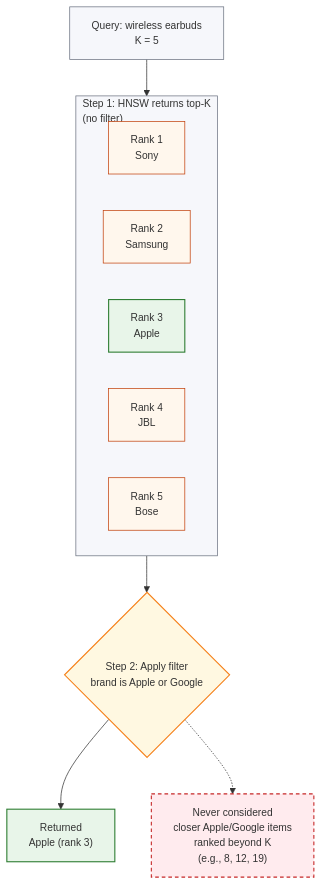
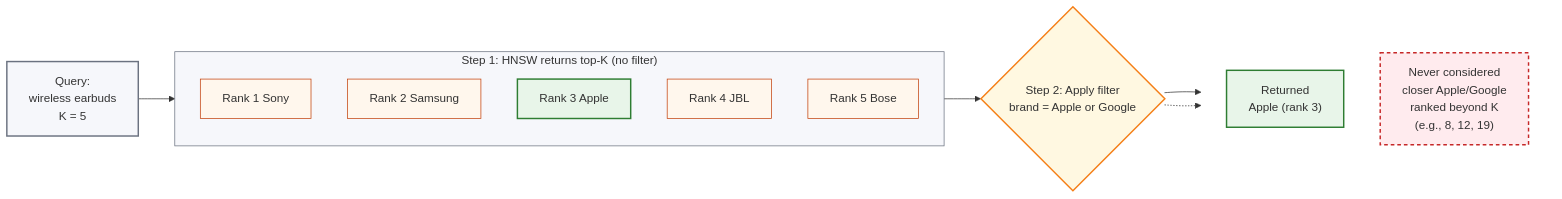
One commit to chsafouane/chsafouane.github.io changed the diagram in posts/Why WHERE clauses can break your vector search/assets/post-filtering.mmd. Above: the diagram before and after it, drawn with Mermaid. The commit also changed 10 other files, not shown here.

```diff
--- a/posts/Why WHERE clauses can break your vector search/assets/post-filtering.mmd
+++ b/posts/Why WHERE clauses can break your vector search/assets/post-filtering.mmd
@@ -1,37 +1,42 @@
-%%{init: {'theme': 'default', 'themeVariables': { 'fontSize': '14px' }}}%%
-flowchart TD
-  q["Query: wireless earbuds<br/>K = 5"]
+%%{init: {'theme': 'default', 'themeVariables': { 'fontSize': '16px' }}}%%
+flowchart LR
+  q["Query:<br/>wireless earbuds<br/>K = 5"]
   
-  subgraph step1["Step 1: HNSW returns top-K<br/>(no filter)"]
-    direction LR
-    r1["Rank 1<br/>Sony"]
-    r2["Rank 2<br/>Samsung"]
-    r3["Rank 3<br/>Apple"]
-    r4["Rank 4<br/>JBL"]
-    r5["Rank 5<br/>Bose"]
+  subgraph step1["Step 1: HNSW returns top-K (no filter)"]
+    direction TB
+    r1["Rank 1 Sony"]
+    r2["Rank 2 Samsung"]
+    r3["Rank 3 Apple"]
+    r4["Rank 4 JBL"]
+    r5["Rank 5 Bose"]
   end
 
-  f{"Step 2: Apply filter<br/>brand is Apple or Google"}
+  f{"Step 2: Apply filter<br/>brand = Apple or Google"}
 
-  keep["Returned<br/>Apple (rank 3)"]
-  miss["Never considered<br/>closer Apple/Google items<br/>ranked beyond K<br/>(e.g., 8, 12, 19)"]
+  subgraph results[" "]
+    direction TB
+    keep["Returned<br/>Apple (rank 3)"]
+    miss["Never considered<br/>closer Apple/Google<br/>ranked beyond K<br/>(e.g., 8, 12, 19)"]
+  end
 
   q --> step1
   step1 --> f
   f --> keep
   f -.-> miss
 
-  classDef query fill:#f6f7fb,stroke:#6b7280,stroke-width:1px
+  classDef query fill:#f6f7fb,stroke:#6b7280,stroke-width:2px
   classDef step fill:#f6f7fb,stroke:#6b7280,stroke-width:1px
-  classDef keep fill:#e8f5e9,stroke:#2e7d32,stroke-width:1.5px
+  classDef keep fill:#e8f5e9,stroke:#2e7d32,stroke-width:2px
   classDef drop fill:#fff7ed,stroke:#c2410c,stroke-width:1px
-  classDef note fill:#ffebee,stroke:#c62828,stroke-width:1.5px,stroke-dasharray:5 4
-  classDef filter fill:#fff8e1,stroke:#f57f17,stroke-width:1.5px
+  classDef note fill:#ffebee,stroke:#c62828,stroke-width:2px,stroke-dasharray:5 4
+  classDef filter fill:#fff8e1,stroke:#f57f17,stroke-width:2px
+  classDef hidden fill:transparent,stroke:transparent
 
   class q query
   class step1 step
   class f filter
   class keep keep
   class miss note
   class r1,r2,r4,r5 drop
   class r3 keep
+  class results hidden
```
